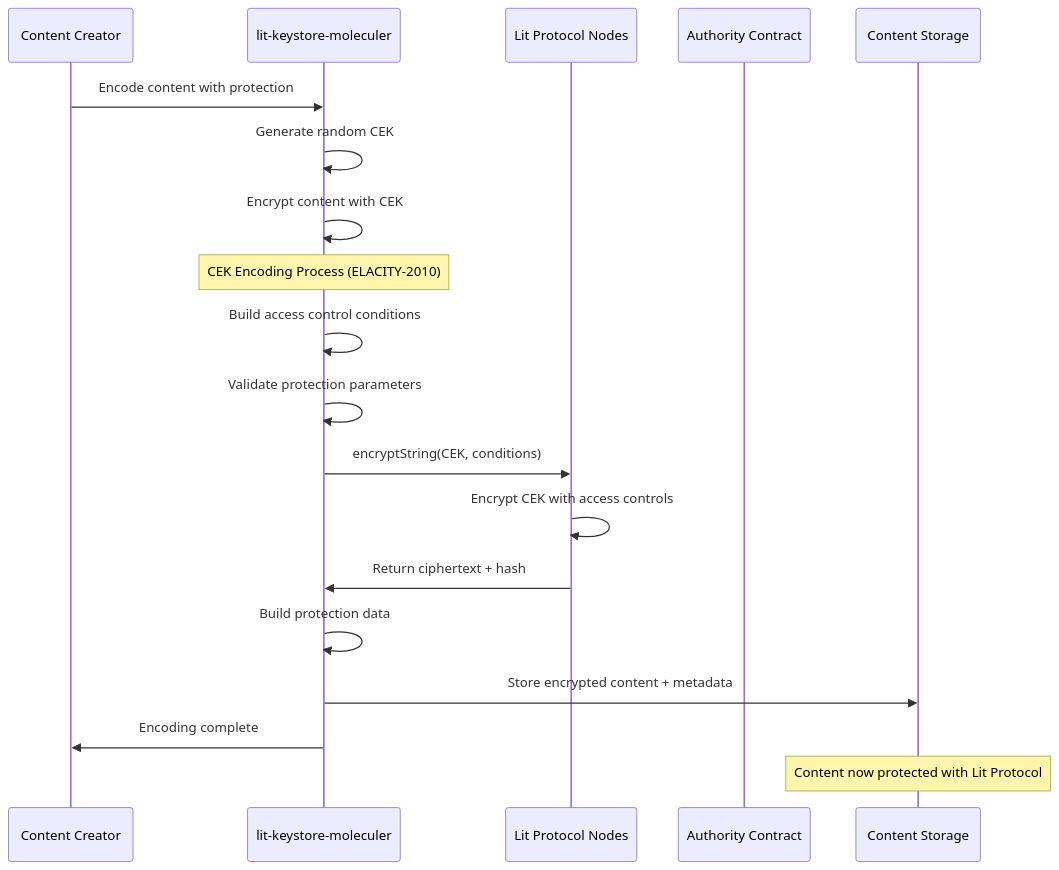
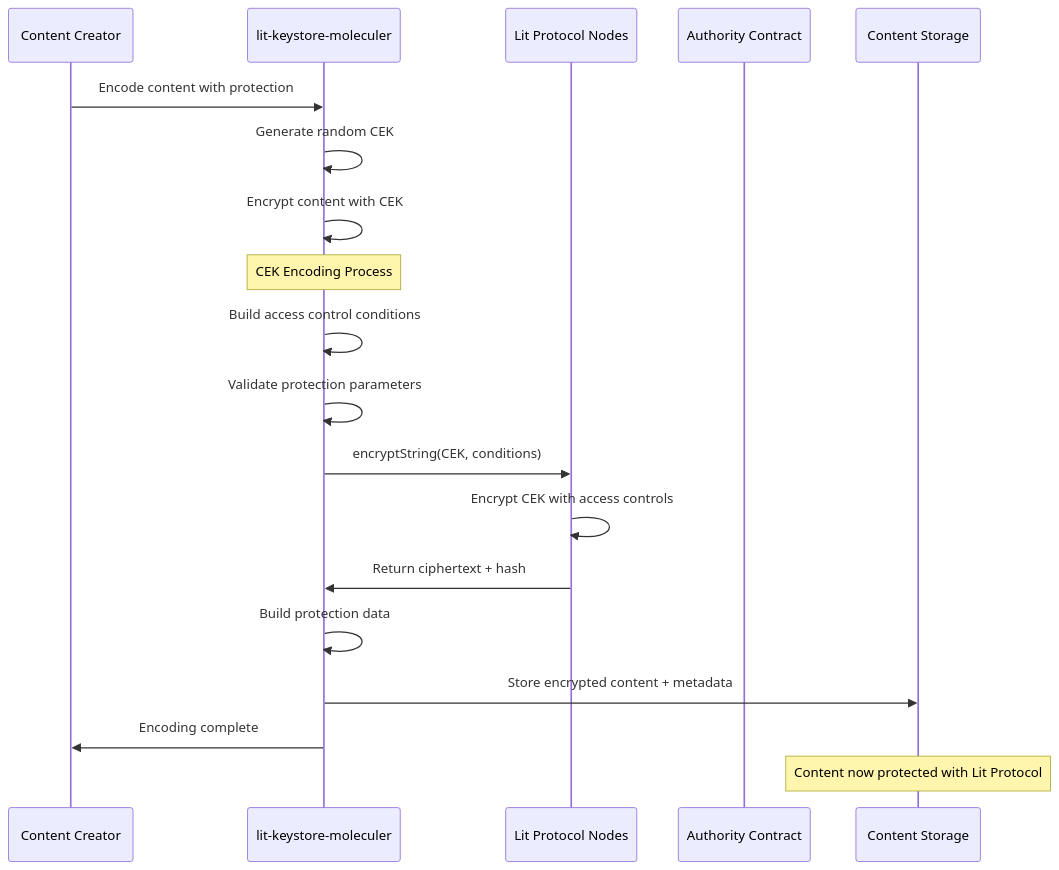
The second of 13 diagrams in docs/END-TO-END-CONTENT-PROTECTION-FLOW.md (Elacity/lit-keystore-moleculer), drawn with Mermaid before and after one commit. The commit also changed other lines of this file and 3 other files, not shown here.

````diff
--- a/docs/END-TO-END-CONTENT-PROTECTION-FLOW.md
+++ b/docs/END-TO-END-CONTENT-PROTECTION-FLOW.md
@@ -48,26 +46,26 @@
 ```mermaid
 sequenceDiagram
     participant Creator as Content Creator
     participant Encoder as lit-keystore-moleculer
     participant LitNodes as Lit Protocol Nodes
     participant Authority as Authority Contract
     participant Storage as Content Storage
 
     Creator->>Encoder: Encode content with protection
     Encoder->>Encoder: Generate random CEK
     Encoder->>Encoder: Encrypt content with CEK
-    
-    Note over Encoder: CEK Encoding Process (ELACITY-2010)
+
+    Note over Encoder: CEK Encoding Process
     Encoder->>Encoder: Build access control conditions
     Encoder->>Encoder: Validate protection parameters
     Encoder->>LitNodes: encryptString(CEK, conditions)
-    
+
     LitNodes->>LitNodes: Encrypt CEK with access controls
     LitNodes->>Encoder: Return ciphertext + hash
-    
+
     Encoder->>Encoder: Build protection data
     Encoder->>Storage: Store encrypted content + metadata
     Encoder->>Creator: Encoding complete
-    
+
     Note over Storage: Content now protected with Lit Protocol
 ```
````
